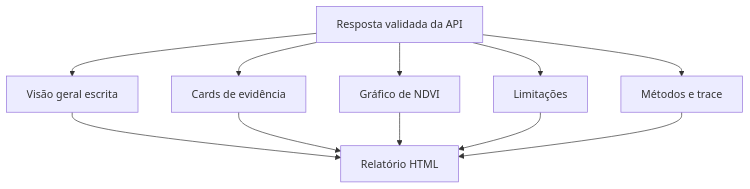
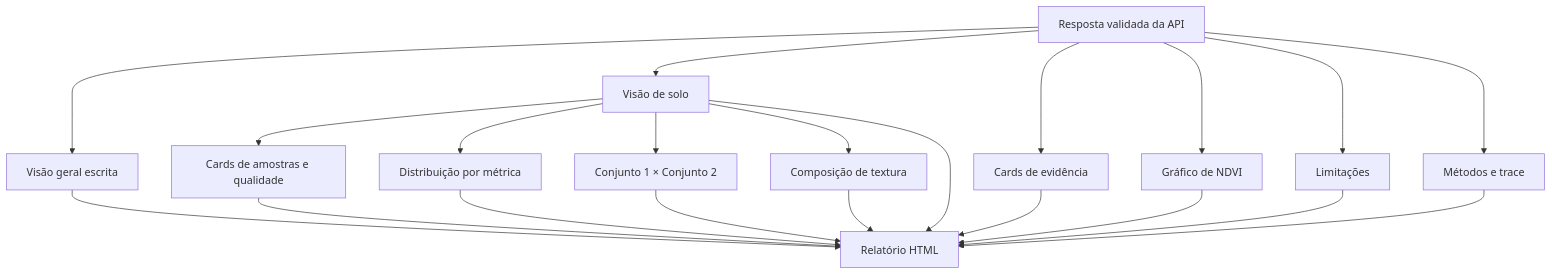
One commit to PaolaBiscaro/CSIMilho changed diagram 14 of 16 in PIPELINES.md. Above: the diagram before and after it, drawn with Mermaid. The commit also changed other lines of this file and 30 other files, not shown here.

````diff
--- a/PIPELINES.md
+++ b/PIPELINES.md
@@ -245,13 +294,23 @@
 ```mermaid
 flowchart TB
     A["Resposta validada da API"] --> V["Visão geral escrita"]
+    A --> S["Visão de solo"]
+    S --> SK["Cards de amostras e qualidade"]
+    S --> SD["Distribuição por métrica"]
+    S --> SC["Conjunto 1 × Conjunto 2"]
+    S --> ST["Composição de textura"]
     A --> E["Cards de evidência"]
     A --> G["Gráfico de NDVI"]
     A --> L["Limitações"]
     A --> M["Métodos e trace"]
     V --> H["Relatório HTML"]
+    S --> H
     E --> H
     G --> H
     L --> H
     M --> H
+    SK --> H
+    SD --> H
+    SC --> H
+    ST --> H
 ```
````
